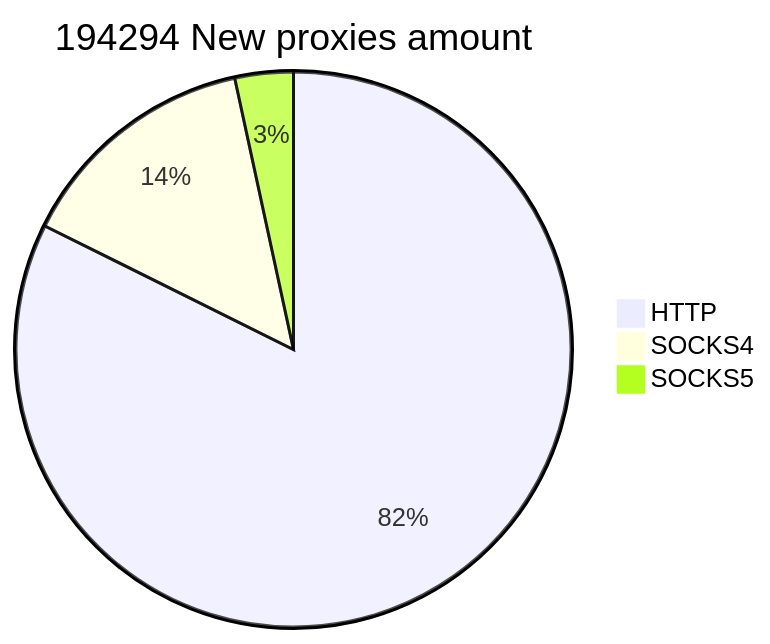
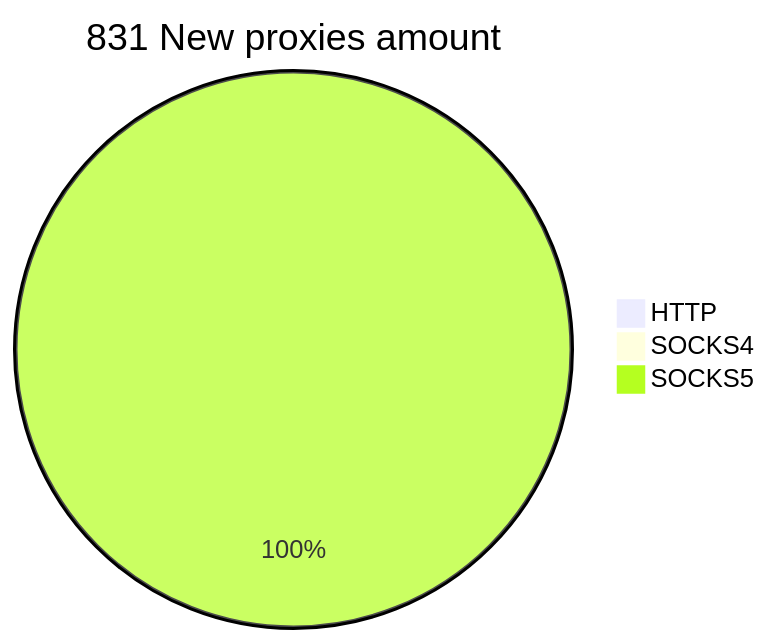
The second of 2 diagrams in README.md (cutipu/proxylist), drawn with Mermaid before and after one commit. The commit also changed other lines of this file, not shown here.

````diff
--- a/README.md
+++ b/README.md
@@ -10,6 +10,6 @@
 ```mermaid
-pie title 194294 New proxies amount
-    "HTTP" : 159985
-    "SOCKS4" : 27714
-    "SOCKS5" : 6595
+pie title 831 New proxies amount
+    "HTTP" : 0
+    "SOCKS4" : 0
+    "SOCKS5" : 831
 ```
````
